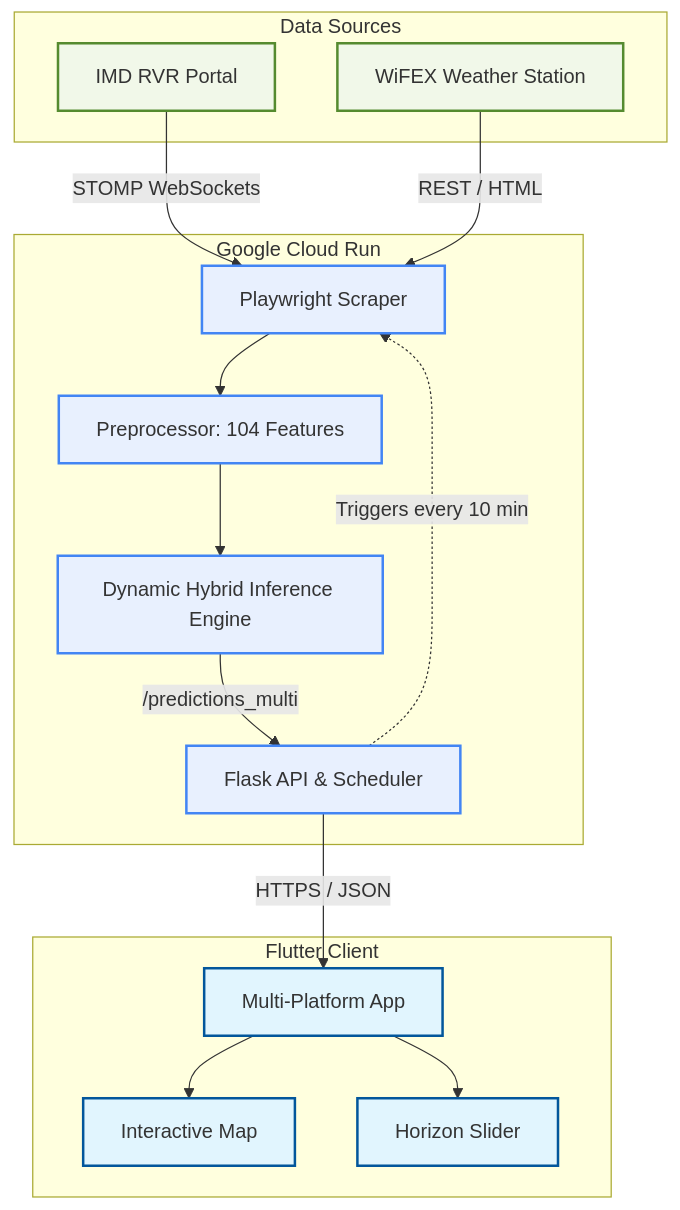
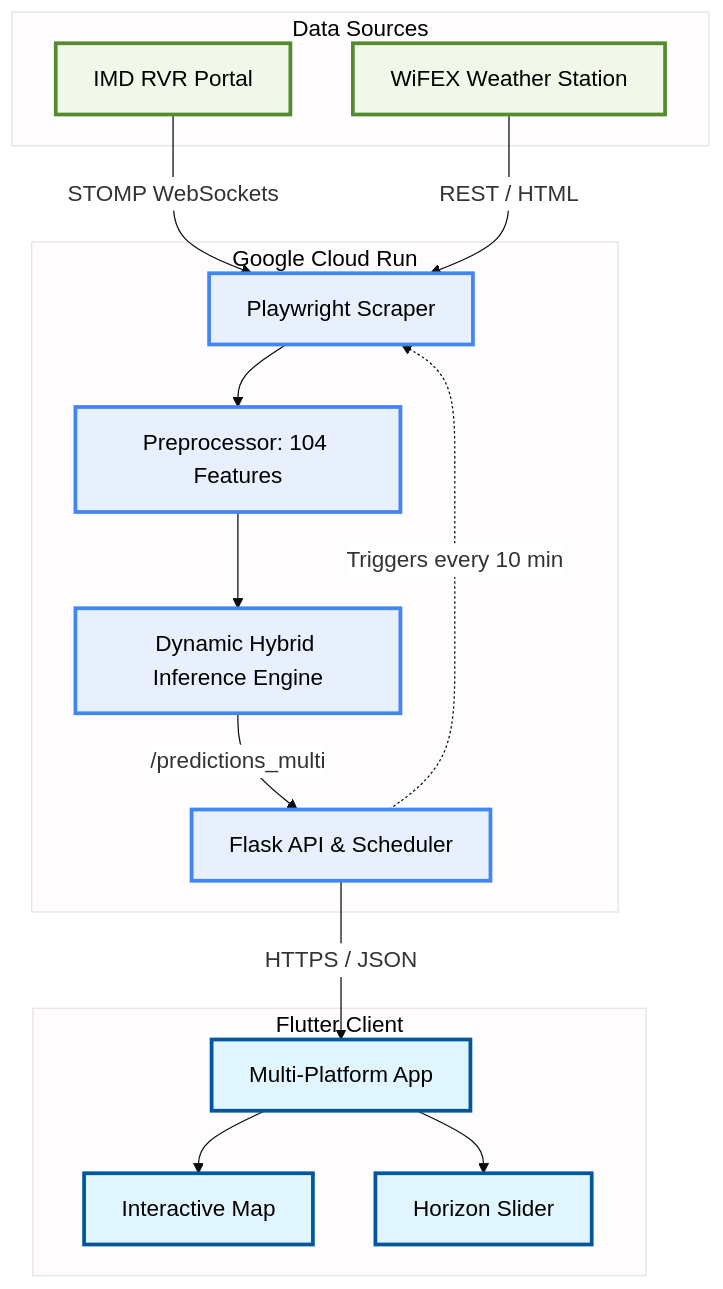
Before and after one commit to Alwyndev/igi_RVR_forecast: the first of 4 diagrams in REPORT_DIAGRAMS.md, drawn with Mermaid. The commit also changed other lines of this file, not shown here.

````diff
--- a/REPORT_DIAGRAMS.md
+++ b/REPORT_DIAGRAMS.md
@@ -8,39 +10,40 @@
 ```mermaid
+%%{init: {'theme': 'base', 'themeVariables': { 'fontSize': '18px', 'fontFamily': 'arial', 'primaryColor': '#e8f4f8', 'edgeLabelBackground':'#ffffff'}}}%%
 graph TD
     subgraph Data Sources
         S1[IMD RVR Portal]
         S2[WiFEX Weather Station]
     end
 
     subgraph Google Cloud Run
         API[Flask API & Scheduler]
         SCR[Playwright Scraper]
         PRE[Preprocessor: 104 Features]
         ENG[Dynamic Hybrid Inference Engine]
         
         API -.->|Triggers every 10 min| SCR
         SCR --> PRE
         PRE --> ENG
     end
 
     subgraph Flutter Client
         APP[Multi-Platform App]
         UI1[Interactive Map]
         UI2[Horizon Slider]
     end
 
     S1 -->|STOMP WebSockets| SCR
     S2 -->|REST / HTML| SCR
     ENG -->|/predictions_multi| API
     API -->|HTTPS / JSON| APP
     APP --> UI1
     APP --> UI2
 
-    classDef gcp fill:#e8f0fe,stroke:#4285f4,stroke-width:2px;
-    classDef client fill:#e1f5fe,stroke:#02569b,stroke-width:2px;
-    classDef data fill:#f1f8e9,stroke:#558b2f,stroke-width:2px;
+    classDef gcp fill:#e8f0fe,stroke:#4285f4,stroke-width:3px,color:#000;
+    classDef client fill:#e1f5fe,stroke:#02569b,stroke-width:3px,color:#000;
+    classDef data fill:#f1f8e9,stroke:#558b2f,stroke-width:3px,color:#000;
     
     class API,SCR,PRE,ENG gcp;
     class APP,UI1,UI2 client;
     class S1,S2 data;
 ```
````
